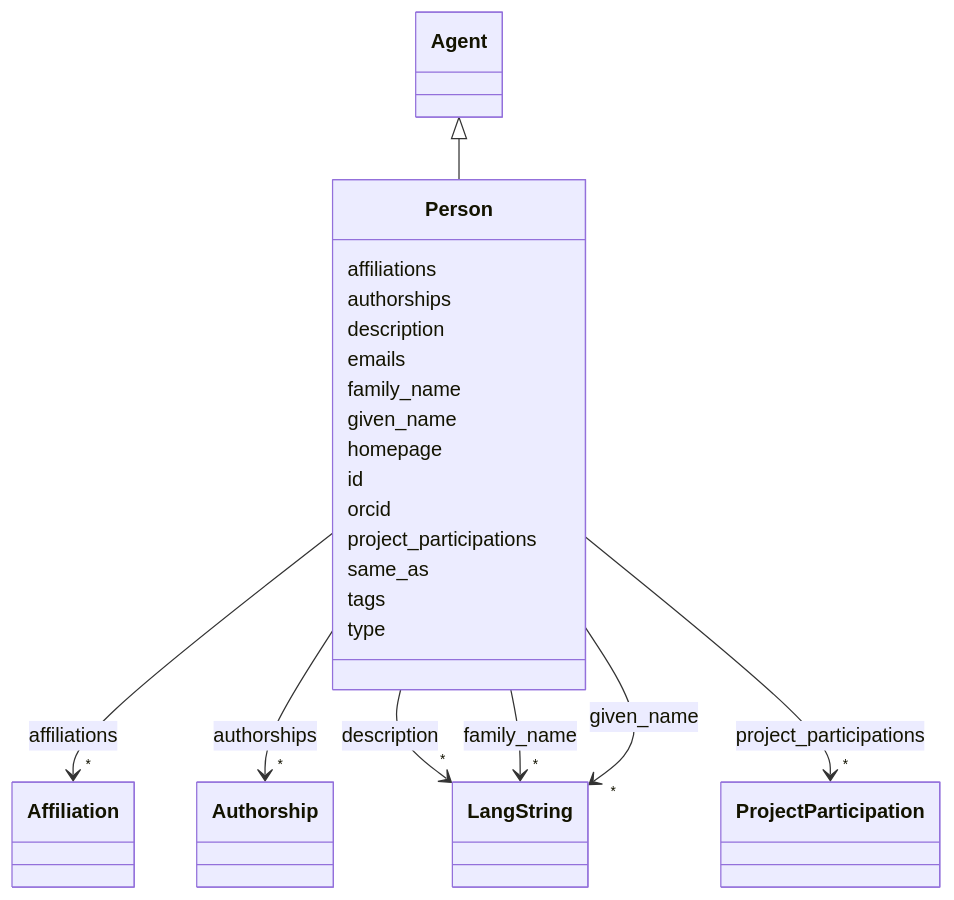
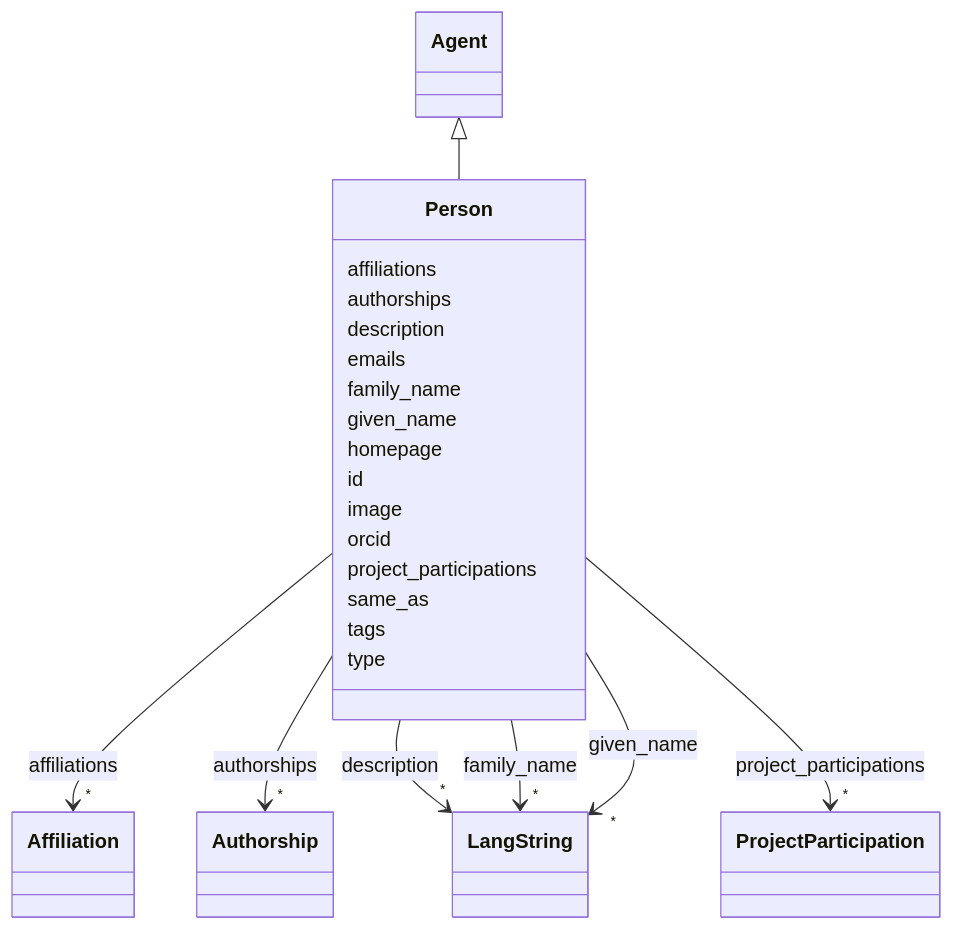
Before and after one commit to DARIAH-IL/idhi-manifests: the diagram in docs/classes/Person.md, drawn with Mermaid. The commit also changed other lines of this file and 20 other files, not shown here.

```diff
--- a/docs/classes/Person.md
+++ b/docs/classes/Person.md
@@ -99,6 +99,8 @@
         
       Person : id
         
+      Person : image
+        
       Person : orcid
         
       Person : project_participations
```
